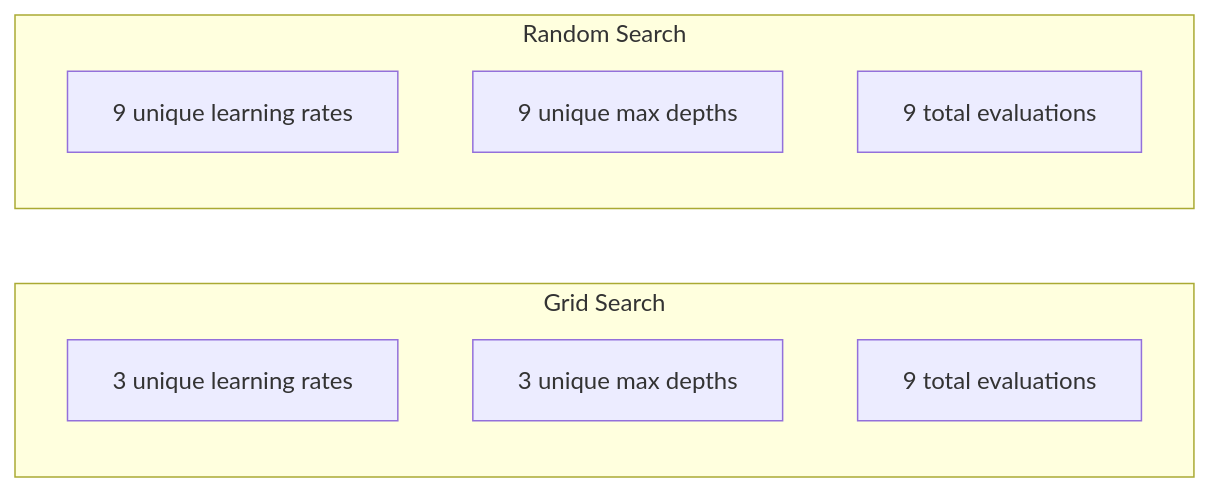
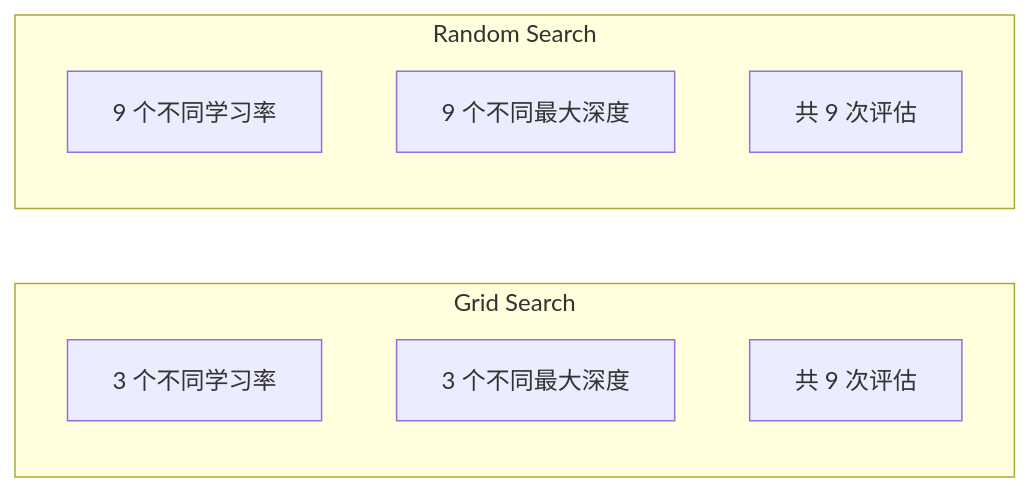
One commit to huangyue12120/Learning-Atlas changed the first of 4 diagrams in content/translations/practice/02-ml-fundamentals/12-hyperparameter-tuning/zh.md. Above: the diagram before and after it, drawn with Mermaid. The commit also changed other lines of this file and 24 other files, not shown here.

Commit message:
fix(reader): localize Mermaid in source content

````diff
--- a/content/translations/practice/02-ml-fundamentals/12-hyperparameter-tuning/zh.md
+++ b/content/translations/practice/02-ml-fundamentals/12-hyperparameter-tuning/zh.md
@@ -72,14 +72,14 @@
 ```mermaid
 flowchart LR
     subgraph Grid Search
-        G1[3 unique learning rates]
-        G2[3 unique max depths]
-        G3[9 total evaluations]
+        G1[3 个不同学习率]
+        G2[3 个不同最大深度]
+        G3[共 9 次评估]
     end
 
     subgraph Random Search
-        R1[9 unique learning rates]
-        R2[9 unique max depths]
-        R3[9 total evaluations]
+        R1[9 个不同学习率]
+        R2[9 个不同最大深度]
+        R3[共 9 次评估]
     end
 ```
````
